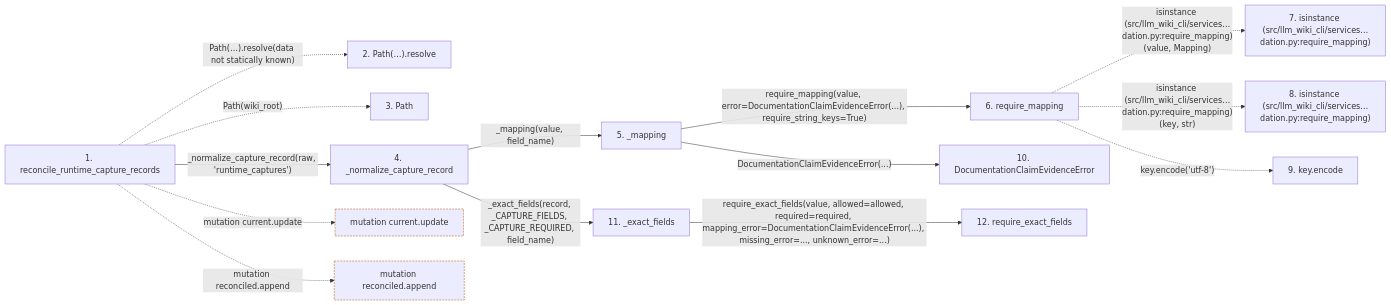
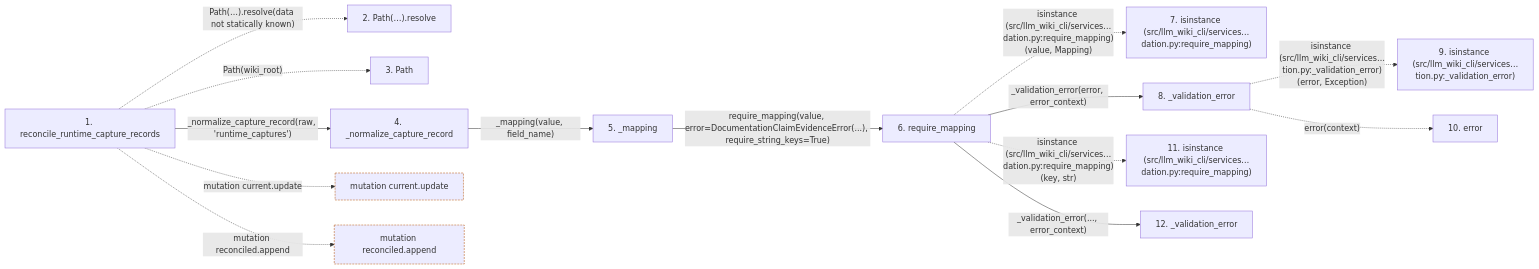
Before and after one commit to Denissvgn/python-wiki-llm: the second of 2 diagrams in docs/llm_wiki/flows/api-reconcile_runtime_capture_records.md, drawn with Mermaid. The commit also changed other lines of this file and 627 other files, not shown here.

````diff
--- a/docs/llm_wiki/flows/api-reconcile_runtime_capture_records.md
+++ b/docs/llm_wiki/flows/api-reconcile_runtime_capture_records.md
@@ -129,40 +129,39 @@
 ```mermaid
 flowchart LR
     s1["1. reconcile_runtime_capture_records"]
     s2["2. Path(…).resolve"]
     s3["3. Path"]
     s4["4. _normalize_capture_record"]
     s5["5. _mapping"]
     s6["6. require_mapping"]
     s7["7. isinstance (src/llm_wiki_cli/services…dation.py:require_mapping)"]
-    s8["8. isinstance (src/llm_wiki_cli/services…dation.py:require_mapping)"]
-    s9["9. key.encode"]
-    s10["10. DocumentationClaimEvidenceError"]
-    s11["11. _exact_fields"]
-    s12["12. require_exact_fields"]
+    s8["8. _validation_error"]
+    s9["9. isinstance (src/llm_wiki_cli/services…tion.py:_validation_error)"]
+    s10["10. error"]
+    s11["11. isinstance (src/llm_wiki_cli/services…dation.py:require_mapping)"]
+    s12["12. _validation_error"]
     s1 -. "Path(…).resolve(data not statically known)" .-> s2
     s1 -. "Path(wiki_root)" .-> s3
     s1 -->|"_normalize_capture_record(raw, 'runtime_captures')"| s4
     s4 -->|"_mapping(value, field_name)"| s5
     s5 -->|"require_mapping(value, error=DocumentationClaimEvidenceError(...), require_string_keys=True)"| s6
     s6 -. "isinstance (src/llm_wiki_cli/services…dation.py:require_mapping)(value, Mapping)" .-> s7
-    s6 -. "isinstance (src/llm_wiki_cli/services…dation.py:require_mapping)(key, str)" .-> s8
-    s6 -. "key.encode('utf-8')" .-> s9
-    s5 -->|"DocumentationClaimEvidenceError(...)"| s10
-    s4 -->|"_exact_fields(record, _CAPTURE_FIELDS, _CAPTURE_REQUIRED, field_name)"| s11
-    s11 -->|"require_exact_fields(value, allowed=allowed, required=required, mapping_error=DocumentationClaimEvidenceError(...), missing_error=..., unknown_error=...)"| s12
+    s6 -->|"_validation_error(error, error_context)"| s8
+    s8 -. "isinstance (src/llm_wiki_cli/services…tion.py:_validation_error)(error, Exception)" .-> s9
+    s8 -. "error(context)" .-> s10
+    s6 -. "isinstance (src/llm_wiki_cli/services…dation.py:require_mapping)(key, str)" .-> s11
+    s6 -->|"_validation_error(..., error_context)"| s12
     b0["mutation current.update"]
     s1 -. "mutation current.update" .-> b0
     b1["mutation reconciled.append"]
     s1 -. "mutation reconciled.append" .-> b1
     click s1 "../modules/documentation_claim_evidence.md"
     click s4 "../modules/documentation_claim_evidence.md"
     click s5 "../modules/documentation_claim_evidence.md"
     click s6 "../modules/validation.md"
-    click s10 "../modules/documentation_claim_evidence.md"
-    click s11 "../modules/documentation_claim_evidence.md"
+    click s8 "../modules/validation.md"
     click s12 "../modules/validation.md"
     classDef boundary stroke:#b45309,stroke-dasharray: 4 2
     class b0 boundary
     class b1 boundary
 ```
````
